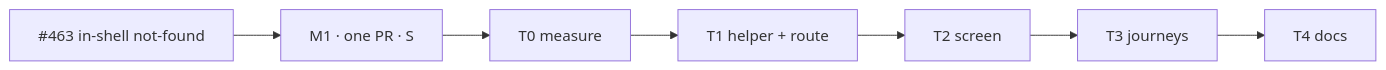
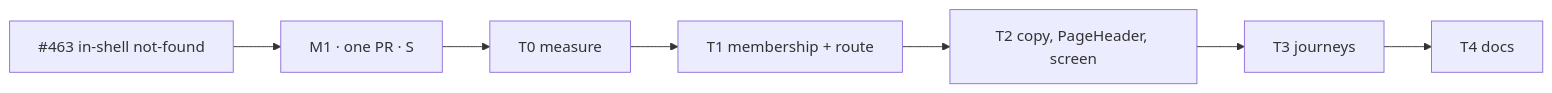
One commit to HuttonHomeHub/SchedulePoint_1 changed the diagram in docs/specs/in-shell-not-found/implementation-plan.md. Above: the diagram before and after it, drawn with Mermaid. The commit also changed other lines of this file and 2 other files, not shown here.

````diff
--- a/docs/specs/in-shell-not-found/implementation-plan.md
+++ b/docs/specs/in-shell-not-found/implementation-plan.md
@@ -9,5 +9,5 @@
 ```mermaid
 flowchart LR
   E[#463 in-shell not-found] --> M1[M1 · one PR · S]
-  M1 --> T0[T0 measure] --> T1[T1 helper + route] --> T2[T2 screen] --> T3[T3 journeys] --> T4[T4 docs]
+  M1 --> T0[T0 measure] --> T1[T1 membership + route] --> T2[T2 copy, PageHeader, screen] --> T3[T3 journeys] --> T4[T4 docs]
 ```
````
